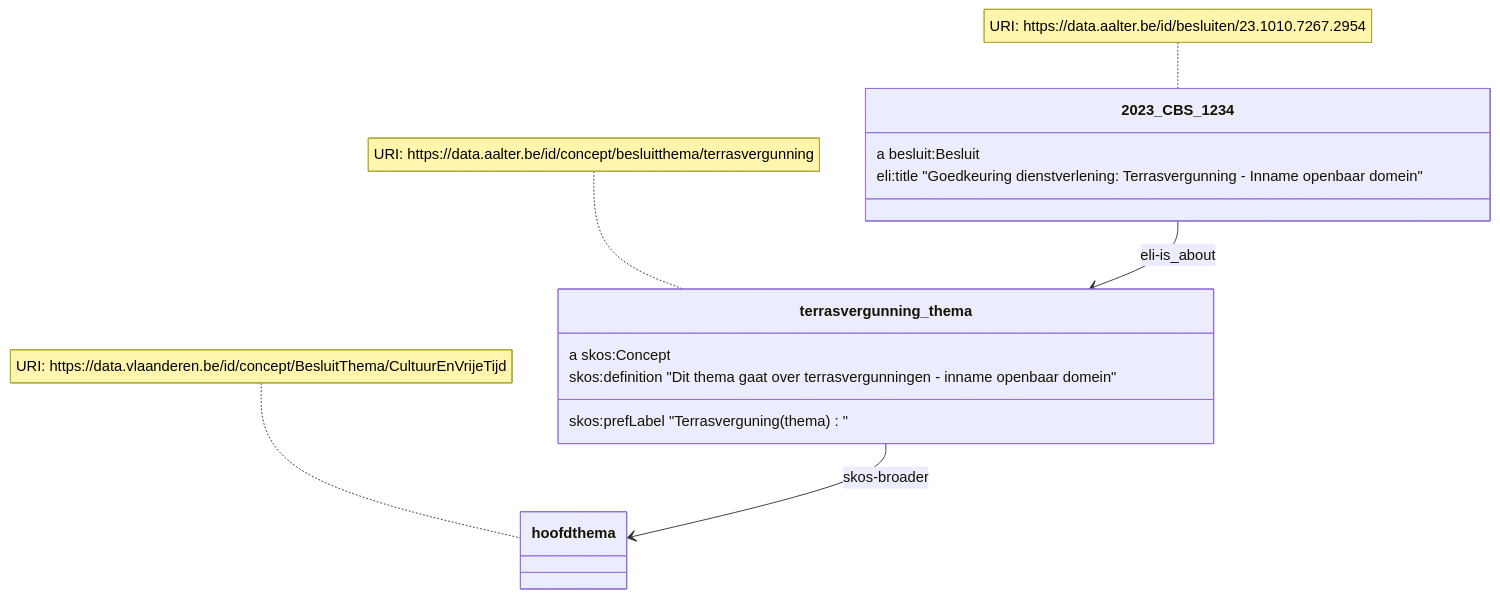
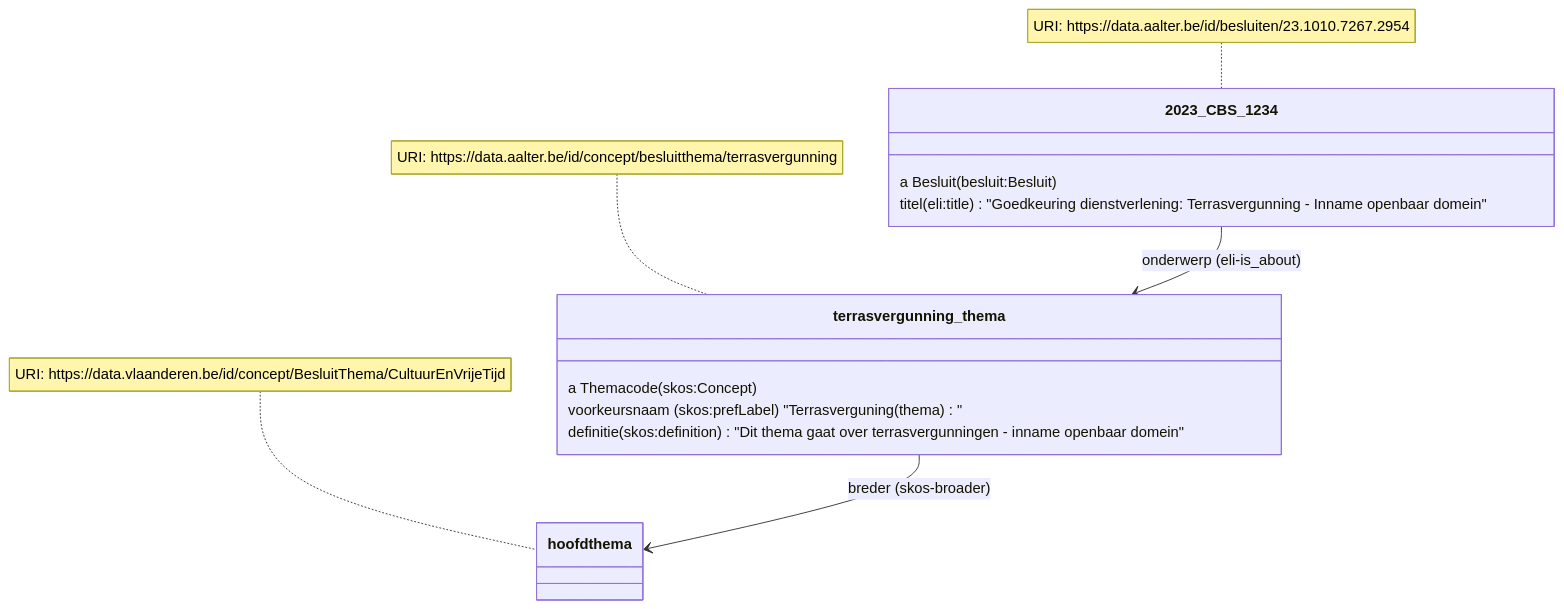
Before and after one commit to Informatievlaanderen/OSLOthema-slimmeRaadpleegOmgeving: the seventh of 9 diagrams in README.md, drawn with Mermaid. The commit also changed other lines of this file, not shown here.

Commit message:
Add label to associaties

````diff
--- a/README.md
+++ b/README.md
@@ -230,17 +230,17 @@
 ```mermaid
 classDiagram
-    2023_CBS_1234 --> terrasvergunning_thema: eli-is_about
-    terrasvergunning_thema --> hoofdthema: skos-broader
+    2023_CBS_1234 --> terrasvergunning_thema: onderwerp (eli-is_about)
+    terrasvergunning_thema --> hoofdthema: breder (skos-broader)
     note for 2023_CBS_1234 "URI: https://data.aalter.be/id/besluiten/23.1010.7267.2954"
     note for terrasvergunning_thema "URI: https://data.aalter.be/id/concept/besluitthema/terrasvergunning"
     note for hoofdthema "URI: https://data.vlaanderen.be/id/concept/BesluitThema/CultuurEnVrijeTijd"
     class 2023_CBS_1234 {
-      a besluit:Besluit
-      eli:title "Goedkeuring dienstverlening: Terrasvergunning - Inname openbaar domein"
+      a Besluit (besluit:Besluit)
+      titel (eli:title) "Goedkeuring dienstverlening: Terrasvergunning - Inname openbaar domein"
     }
     class terrasvergunning_thema {
-      a skos:Concept
-      skos:prefLabel "Terrasverguning (thema)"
-      skos:definition "Dit thema gaat over terrasvergunningen - inname openbaar domein"
+      a Themacode (skos:Concept)
+      voorkeursnaam (skos:prefLabel) "Terrasverguning (thema)"
+      definitie (skos:definition) "Dit thema gaat over terrasvergunningen - inname openbaar domein"
     }
 ```
````
